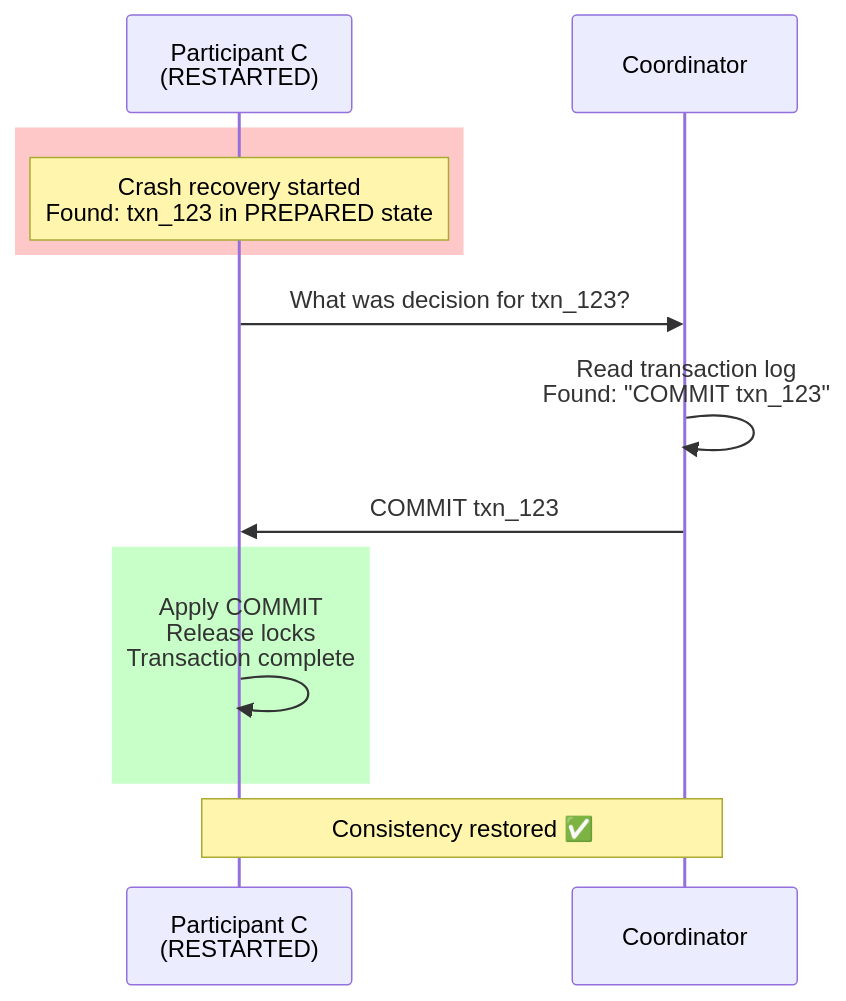
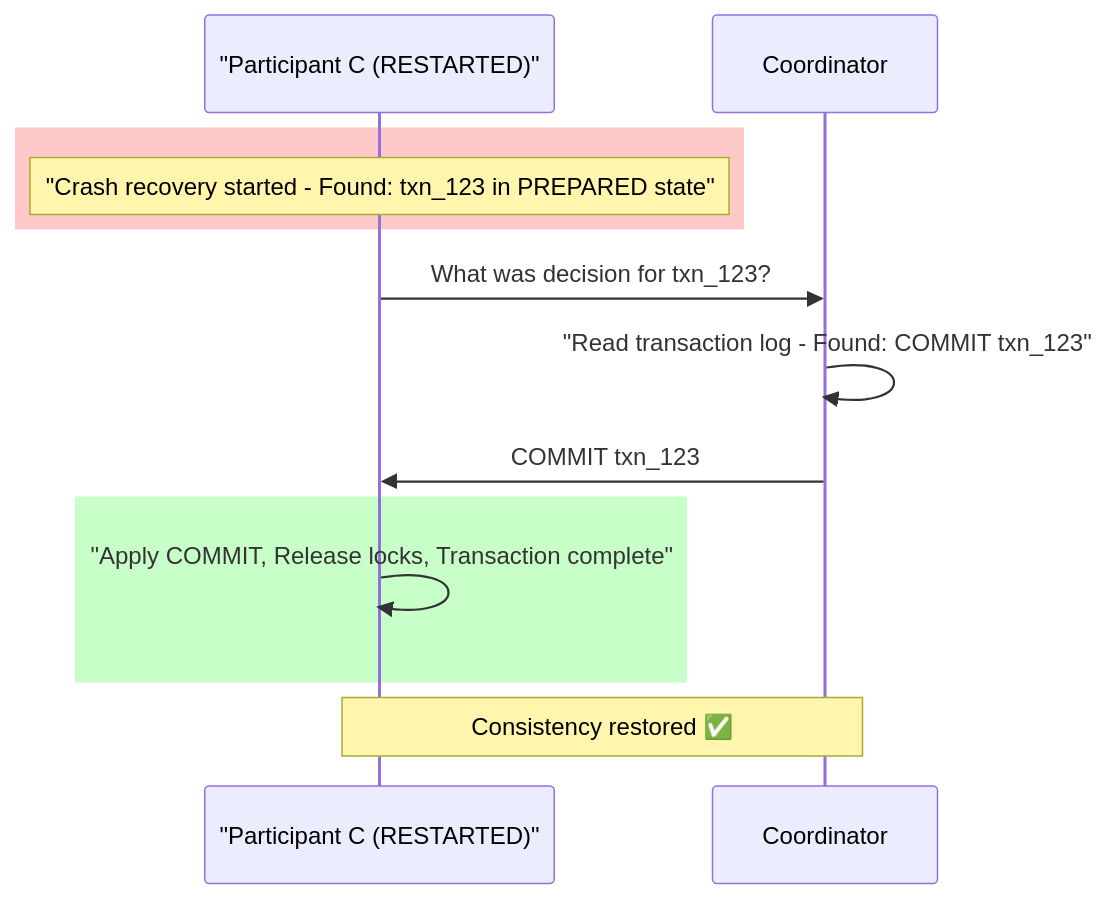
The fourth of 10 diagrams in Coordination/05_Two_Phase_Commit.md (Anmol33/SystemDesign), drawn with Mermaid before and after one commit. The commit also changed other lines of this file and 6 other files, not shown here.

First line of the commit message:
docs: fix Mermaid diagram syntax in coordination documents

````diff
--- a/Coordination/05_Two_Phase_Commit.md
+++ b/Coordination/05_Two_Phase_Commit.md
@@ -224,21 +224,21 @@
 ```mermaid
 sequenceDiagram
-    participant C as Participant C<br/>(RESTARTED)
+    participant C as "Participant C (RESTARTED)"
     participant Coord as Coordinator
     
     rect rgb(255, 200, 200)
-        Note over C: Crash recovery started<br/>Found: txn_123 in PREPARED state
+        Note over C: "Crash recovery started - Found: txn_123 in PREPARED state"
     end
     
     C->>Coord: What was decision for txn_123?
     
-    Coord->>Coord: Read transaction log<br/>Found: "COMMIT txn_123"
+    Coord->>Coord: "Read transaction log - Found: COMMIT txn_123"
     
     Coord->>C: COMMIT txn_123
     
     rect rgb(200, 255, 200)
-        C->>C: Apply COMMIT<br/>Release locks<br/>Transaction complete
+        C->>C: "Apply COMMIT, Release locks, Transaction complete"
     end
     
     Note over C,Coord: Consistency restored ✅
 ```
````
